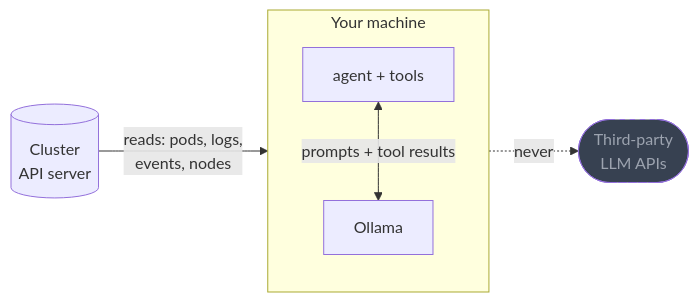
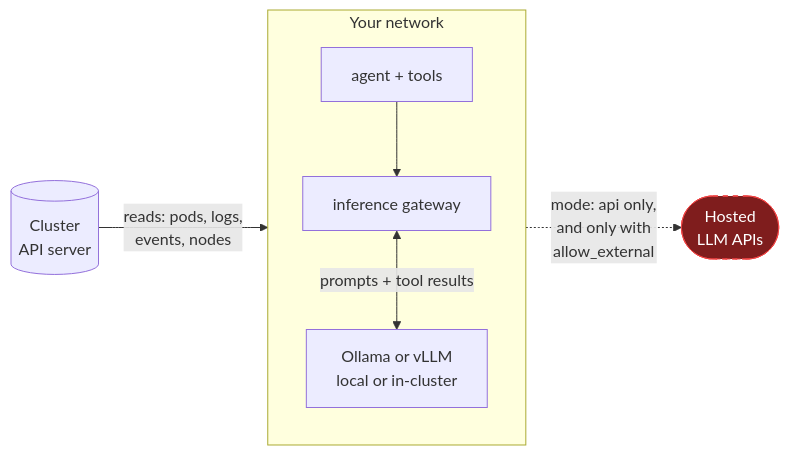
Before and after one commit to ravisinghrajput95/kubewhy: the third of 3 diagrams in docs/architecture.md, drawn with Mermaid. The commit also changed other lines of this file and 6 other files, not shown here.

````diff
--- a/docs/architecture.md
+++ b/docs/architecture.md
@@ -140,18 +151,20 @@
 ```mermaid
 flowchart LR
-    subgraph machine [Your machine]
+    subgraph network [Your network]
         direction TB
         AGENT[agent + tools]
-        OLLAMA[Ollama]
+        GW["inference gateway"]
+        MODEL["Ollama or vLLM<br/>local or in-cluster"]
     end
 
     CLUSTER[("Cluster<br/>API server")]
-    CLOUD(["Third-party<br/>LLM APIs"])
+    CLOUD(["Hosted<br/>LLM APIs"])
 
     CLUSTER -->|"reads: pods, logs,<br/>events, nodes"| AGENT
-    AGENT <-->|"prompts + tool results"| OLLAMA
-    AGENT -.->|"never"| CLOUD
+    AGENT --> GW
+    GW <-->|"prompts + tool results"| MODEL
+    GW -.->|"mode: api only,<br/>and only with<br/>allow_external"| CLOUD
 
-    classDef never stroke-dasharray:5 5,fill:#374151,color:#9ca3af
-    class CLOUD never
+    classDef gated stroke-dasharray:5 5,fill:#7f1d1d,stroke:#ef4444,color:#fff
+    class CLOUD gated
 ```
````
